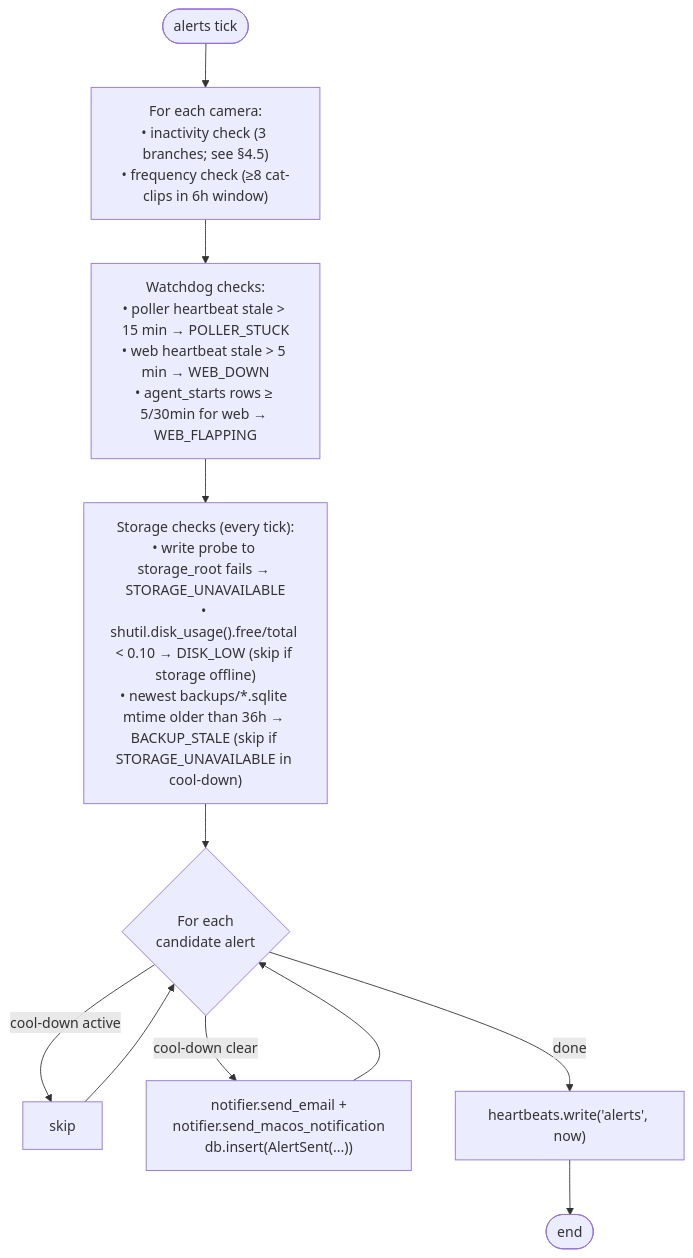
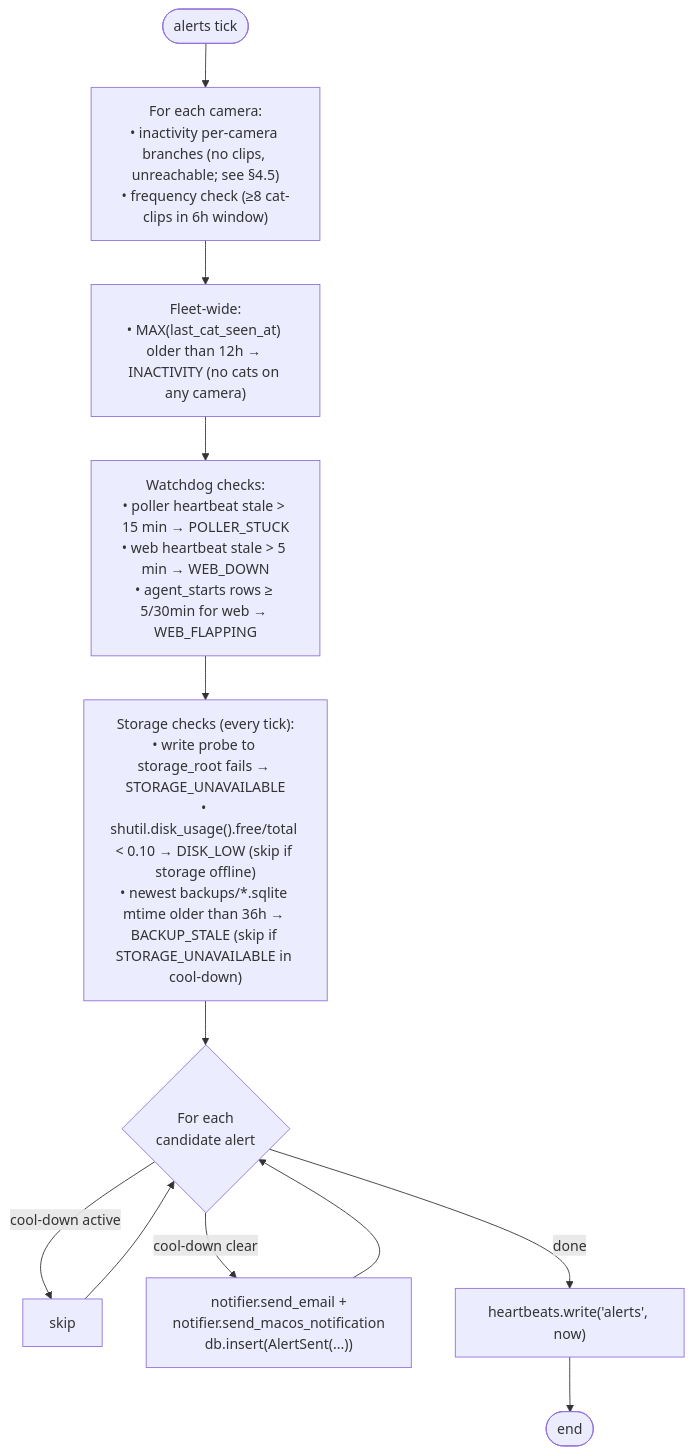
The third of 4 diagrams in docs/specs/2026-05-01-cat-watcher-design.md (rgant/cat-watcher), drawn with Mermaid before and after one commit. The commit also changed other lines of this file and 8 other files, not shown here.

First line of the commit message:
fix(alerts): make INACTIVITY no-cats branch fleet-wide

````diff
--- a/docs/specs/2026-05-01-cat-watcher-design.md
+++ b/docs/specs/2026-05-01-cat-watcher-design.md
@@ -776,13 +802,14 @@
 ```mermaid
 flowchart TD
-  start([alerts tick]) --> per_camera["For each camera:<br/>• inactivity check (3 branches; see §4.5)<br/>• frequency check (≥8 cat-clips in 6h window)"]
-  per_camera --> watchdog["Watchdog checks:<br/>• poller heartbeat stale &gt; 15 min → POLLER_STUCK<br/>• web heartbeat stale &gt; 5 min → WEB_DOWN<br/>• agent_starts rows ≥ 5/30min for web → WEB_FLAPPING"]
+  start([alerts tick]) --> per_camera["For each camera:<br/>• inactivity per-camera branches (no clips, unreachable; see §4.5)<br/>• frequency check (≥8 cat-clips in 6h window)"]
+  per_camera --> fleet_inactivity["Fleet-wide:<br/>• MAX(last_cat_seen_at) older than 12h → INACTIVITY (no cats on any camera)"]
+  fleet_inactivity --> watchdog["Watchdog checks:<br/>• poller heartbeat stale &gt; 15 min → POLLER_STUCK<br/>• web heartbeat stale &gt; 5 min → WEB_DOWN<br/>• agent_starts rows ≥ 5/30min for web → WEB_FLAPPING"]
   watchdog --> storage["Storage checks (every tick):<br/>• write probe to storage_root fails → STORAGE_UNAVAILABLE<br/>• shutil.disk_usage().free/total &lt; 0.10 → DISK_LOW (skip if storage offline)<br/>• newest backups/*.sqlite mtime older than 36h → BACKUP_STALE (skip if STORAGE_UNAVAILABLE in cool-down)"]
   storage --> per_alert{For each<br/>candidate alert}
   per_alert -->|cool-down active| skip[skip]
   per_alert -->|cool-down clear| send["notifier.send_email +<br/>notifier.send_macos_notification<br/>db.insert(AlertSent(...))"]
   skip --> per_alert
   send --> per_alert
   per_alert -->|done| hb["heartbeats.write('alerts', now)"]
   hb --> done([end])
 ```
````
